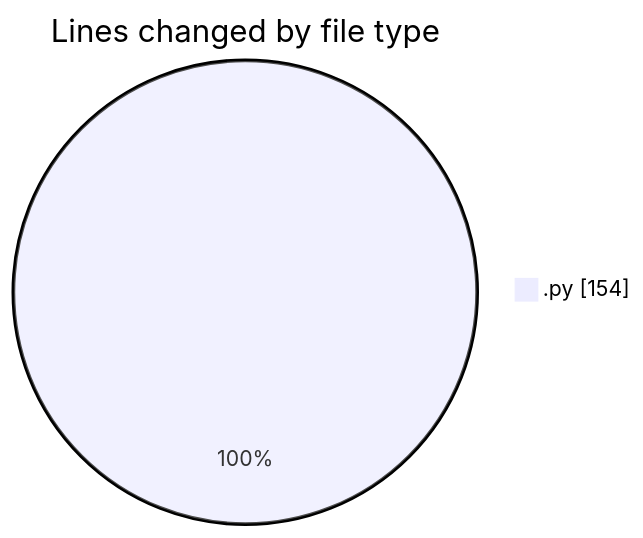
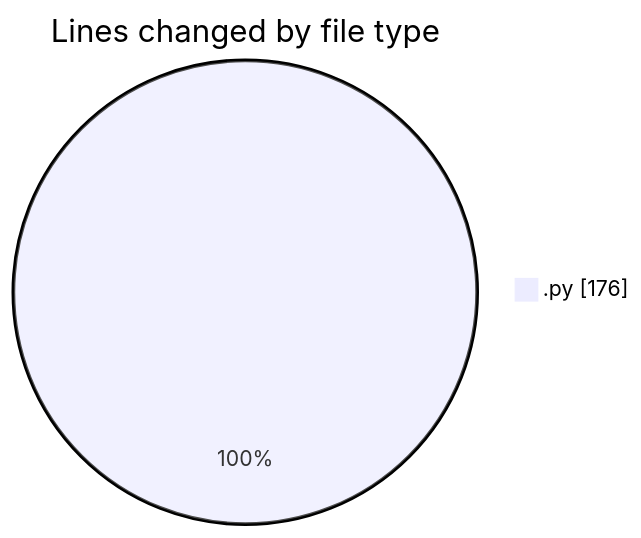
Before and after one commit to julien-gomy/code-tracking: the first of 2 diagrams in 2025-11-24/eventscop-api-guide__workspace_/README.md, drawn with Mermaid. The commit also changed other lines of this file and 1 other file, not shown here.

````diff
--- a/2025-11-24/eventscop-api-guide__workspace_/README.md
+++ b/2025-11-24/eventscop-api-guide__workspace_/README.md
@@ -21,5 +21,5 @@
 ```mermaid
 pie showData
 title Lines changed by file type
-".py" : 154
+".py" : 176
 ```
````
